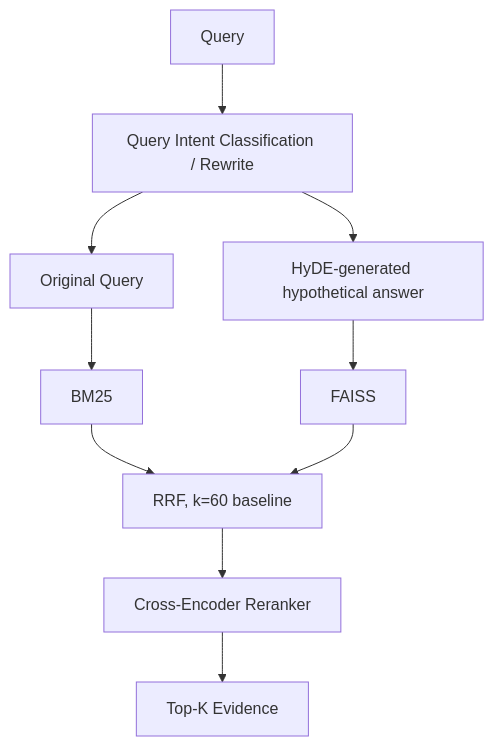
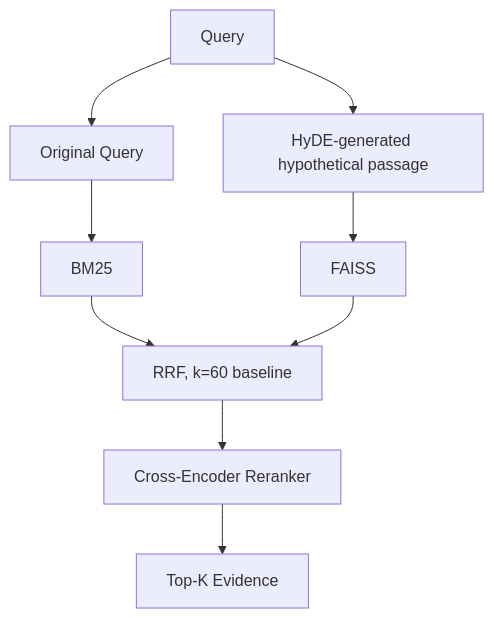
Before and after one commit to Vishwath-Narayana/multimodal-study-assistant: the third of 7 diagrams in docs/architecture/system-architecture.md, drawn with Mermaid. The commit also changed other lines of this file and 9 other files, not shown here.

````diff
--- a/docs/architecture/system-architecture.md
+++ b/docs/architecture/system-architecture.md
@@ -66,12 +77,11 @@
 ```mermaid
 flowchart TD
-    Query --> Rewrite[Query Intent Classification / Rewrite]
-    Rewrite --> Orig[Original Query]
-    Rewrite --> HyDE[HyDE-generated hypothetical answer]
+    Query --> Orig[Original Query]
+    Query --> HyDE[HyDE-generated hypothetical passage]
     Orig --> BM25
     HyDE --> FAISS
     BM25 --> RRF[RRF, k=60 baseline]
     FAISS --> RRF
     RRF --> Rerank[Cross-Encoder Reranker]
     Rerank --> TopK[Top-K Evidence]
 ```
````
